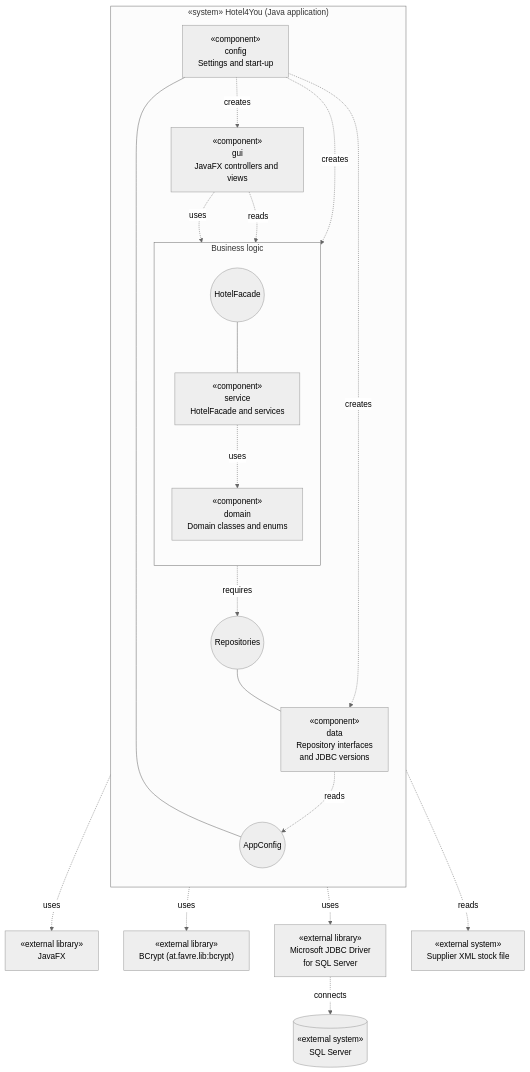
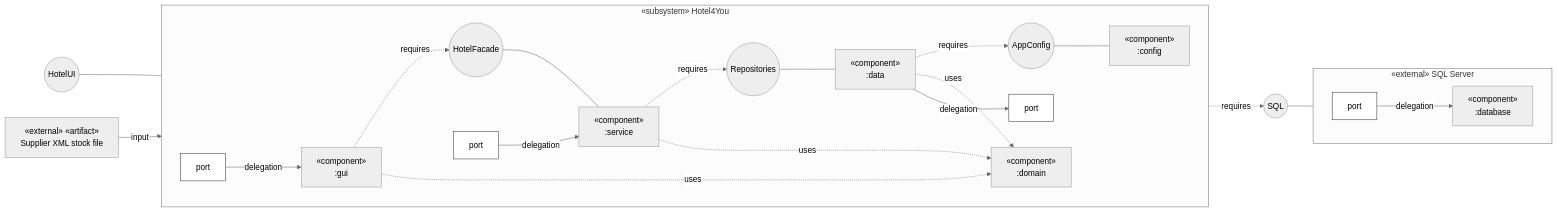
One commit to BorjaTiago/hotel4you changed the diagram in docs/uml/component-diagram.md. Above: the diagram before and after it, drawn with Mermaid. The commit also changed other lines of this file and 1 other file, not shown here.

Commit message:
H4Y-9 apply teacher feedback to component diagram (#21)

````diff
--- a/docs/uml/component-diagram.md
+++ b/docs/uml/component-diagram.md
@@ -19,43 +28,47 @@
 ```mermaid
 %%{init: {"theme":"neutral","fontFamily":"Arial"}}%%
-flowchart TB
-    %% Requirements: RF-28; RNF-02, RNF-05, RNF-06, RNF-07, RNF-08, RNF-10, RNF-11, RNF-12.
-    subgraph APP["«system» Hotel4You (Java application)"]
-        direction TB
-        GUI["«component»<br/>gui<br/>JavaFX controllers and views"]
-        subgraph BL["Business logic"]
-            direction TB
-            FAC(("HotelFacade"))
-            SVC["«component»<br/>service<br/>HotelFacade and services"]
-            DOM["«component»<br/>domain<br/>Domain classes and enums"]
-        end
+flowchart LR
+    UI(("HotelUI"))
+    XML["«external» «artifact»<br/>Supplier XML stock file"]
+    subgraph H4Y["«subsystem» Hotel4You"]
+        direction LR
+        PUI["port"]
+        PXML["port"]
+        GUI["«component»<br/>:gui"]
+        FAC(("HotelFacade"))
+        SVC["«component»<br/>:service"]
+        DOM["«component»<br/>:domain"]
         REPO(("Repositories"))
-        DATA["«component»<br/>data<br/>Repository interfaces<br/>and JDBC versions"]
-        CFG["«component»<br/>config<br/>Settings and start-up"]
-        SET(("AppConfig"))
+        DATA["«component»<br/>:data"]
+        CFGI(("AppConfig"))
+        CFG["«component»<br/>:config"]
+        PDB["port"]
+    end
+    SQLI(("SQL"))
+    subgraph DBS["«external» SQL Server"]
+        direction LR
+        PSQL["port"]
+        DBE["«component»<br/>:database"]
     end
 
-    JFX["«external library»<br/>JavaFX"]
-    BCRYPT["«external library»<br/>BCrypt (at.favre.lib:bcrypt)"]
-    JDBC["«external library»<br/>Microsoft JDBC Driver<br/>for SQL Server"]
-    DB[("«external system»<br/>SQL Server")]
-    XML["«external system»<br/>Supplier XML stock file"]
-
-    GUI -.->|uses| FAC
-    GUI -.->|reads| DOM
-    GUI -.->|uses| JFX
+    UI --- PUI
+    PUI -->|delegation| GUI
+    GUI -.->|requires| FAC
     FAC --- SVC
     SVC -.->|requires| REPO
-    CFG --- SET
+    REPO --- DATA
+    DATA -.->|requires| CFGI
+    CFGI --- CFG
     SVC -.->|uses| DOM
-    SVC -.->|reads| XML
-    SVC -.->|uses| BCRYPT
-    REPO --- DATA
-    DOM ~~~ DATA
-    DATA -.->|reads| SET
-    DATA -.->|uses| JDBC
-    JDBC -.->|connects| DB
-    CFG -.->|creates| GUI
-    CFG -.->|creates| SVC
-    CFG -.->|creates| DATA
+    GUI -.->|uses| DOM
+    DATA -.->|uses| DOM
+    DATA -->|delegation| PDB
+    PDB -.->|requires| SQLI
+    SQLI --- PSQL
+    PSQL -->|delegation| DBE
+    XML -->|input| PXML
+    PXML -->|delegation| SVC
+
+    classDef port fill:#fff,stroke:#333,stroke-width:1px
+    class PUI,PDB,PXML,PSQL port
 ```
````
